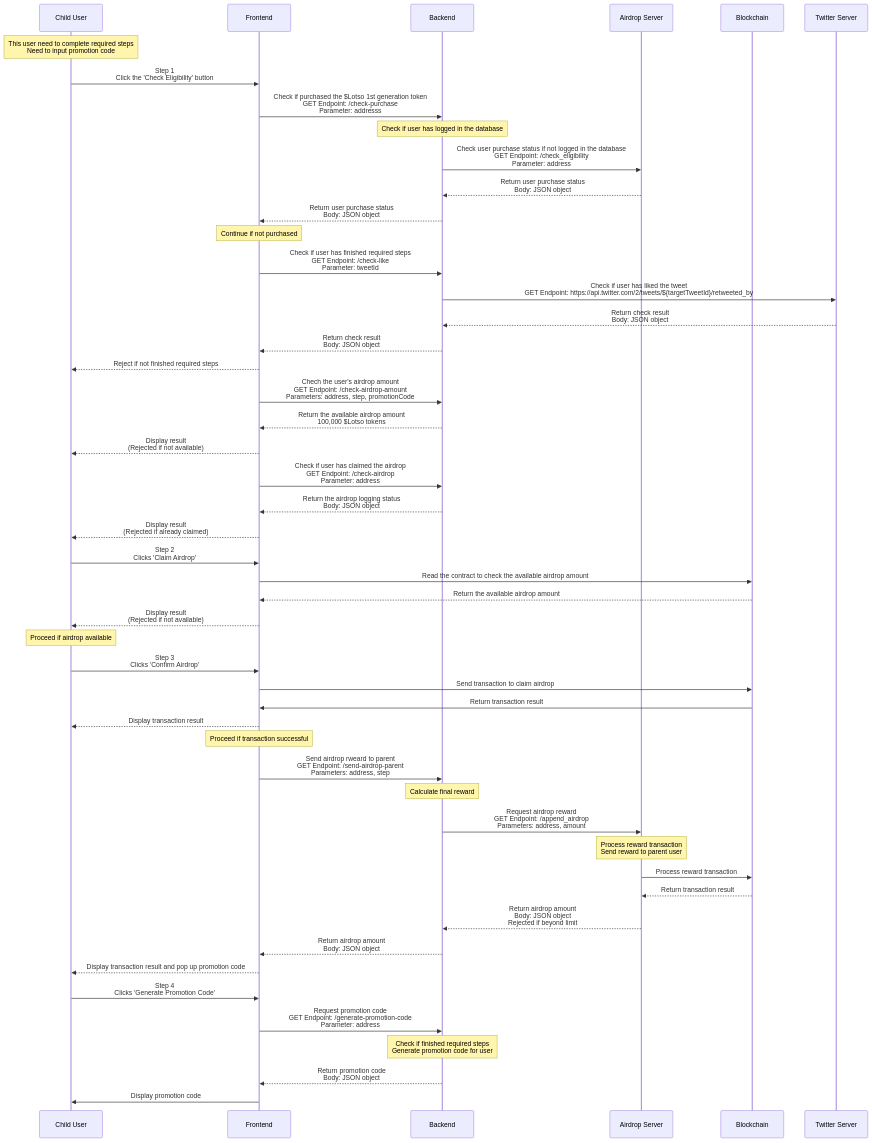
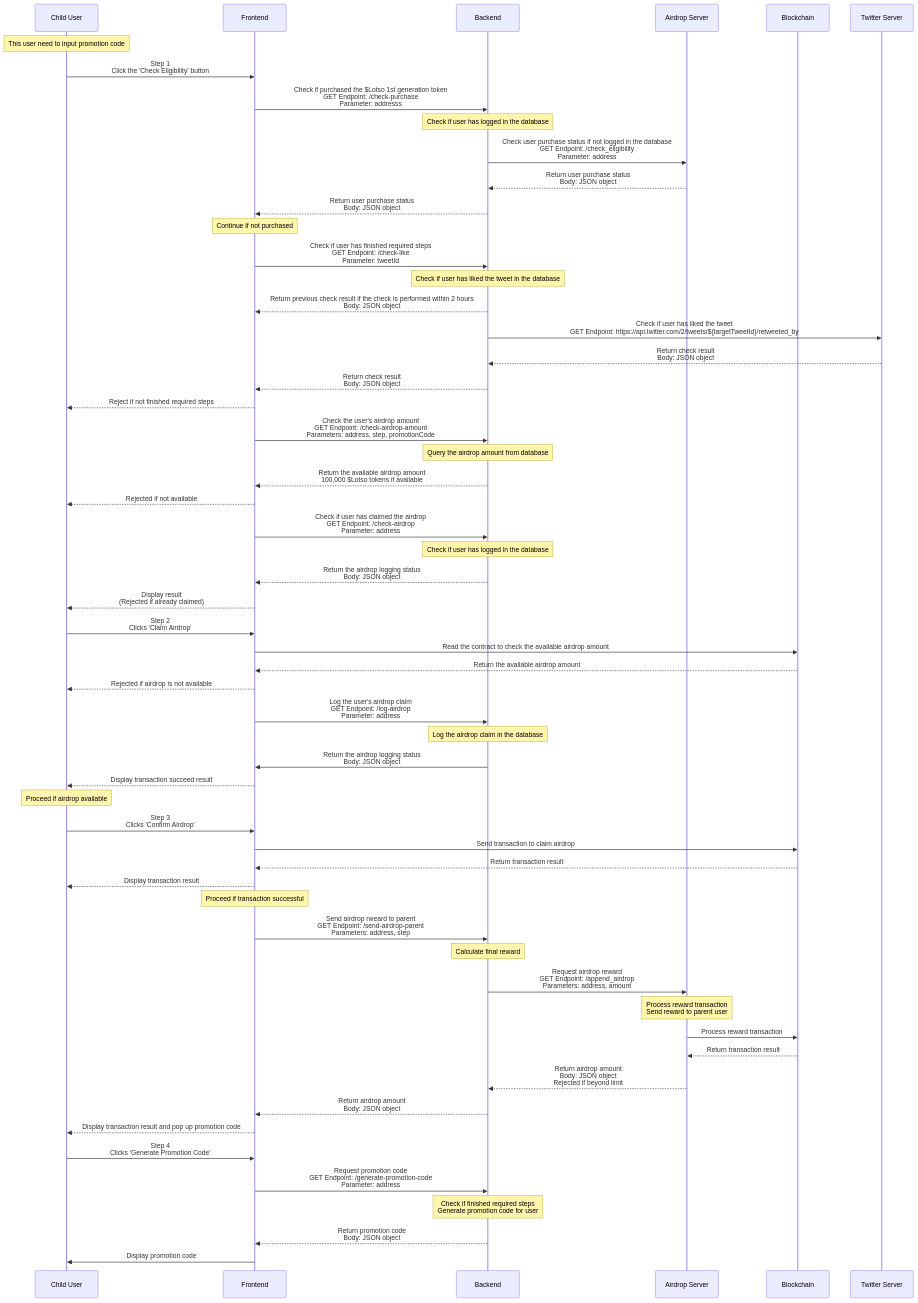
One commit to BTI-US/Lotso-Twitter-Auth changed the third of 3 diagrams in README.md. Above: the diagram before and after it, drawn with Mermaid. The commit also changed other lines of this file, not shown here.

Commit message:
Update diagram explanation

````diff
--- a/README.md
+++ b/README.md
@@ -138,57 +211,65 @@
 ```mermaid
 sequenceDiagram
     participant U as Child User
     participant F as Frontend
     participant B as Backend
     participant S as Airdrop Server
     participant BC as Blockchain
     participant T as Twitter Server
 
-    note over U: This user need to complete required steps <br>Need to input promotion code
+    note over U: This user need to input promotion code
 
     U->>F: Step 1 <br>Click the 'Check Eligibility' button
     F->>B: Check if purchased the $Lotso 1st generation token <br>GET Endpoint: /check-purchase <br>Parameter: addresss
     note over B: Check if user has logged in the database
     B->>S: Check user purchase status if not logged in the database <br>GET Endpoint: /check_eligibility <br>Parameter: address
     S-->>B: Return user purchase status <br>Body: JSON object
     B-->>F: Return user purchase status <br>Body: JSON object
     note over F: Continue if not purchased
     F->>B: Check if user has finished required steps <br>GET Endpoint: /check-like <br>Parameter: tweetId
+    note over B: Check if user has liked the tweet in the database
+    B-->>F: Return previous check result if the check is performed within 2 hours <br>Body: JSON object
     B->>T: Check if user has liked the tweet <br>GET Endpoint: https://api.twitter.com/2/tweets/${targetTweetId}/retweeted_by
     T-->>B: Return check result <br>Body: JSON object
     B-->>F: Return check result <br>Body: JSON object
     F-->>U: Reject if not finished required steps
-    F->>B: Chech the user's airdrop amount <br>GET Endpoint: /check-airdrop-amount <br>Parameters: address, step, promotionCode
-    B-->>F: Return the available airdrop amount <br> 100,000 $Lotso tokens
-    F-->>U: Display result <br>(Rejected if not available)
+    F->>B: Check the user's airdrop amount <br>GET Endpoint: /check-airdrop-amount <br>Parameters: address, step, promotionCode
+    note over B: Query the airdrop amount from database
+    B-->>F: Return the available airdrop amount <br> 100,000 $Lotso tokens if available
+    F-->>U: Rejected if not available
     F->>B: Check if user has claimed the airdrop <br>GET Endpoint: /check-airdrop <br>Parameter: address
+    note over B: Check if user has logged in the database
     B-->>F: Return the airdrop logging status <br>Body: JSON object
     F-->>U: Display result <br>(Rejected if already claimed)
 
     U->>F: Step 2 <br>Clicks 'Claim Airdrop'
     F->>BC: Read the contract to check the available airdrop amount
     BC-->>F: Return the available airdrop amount
-    F-->>U: Display result <br>(Rejected if not available)
+    F-->>U: Rejected if airdrop is not available
+    F->>B: Log the user's airdrop claim <br>GET Endpoint: /log-airdrop <br>Parameter: address
+    note over B: Log the airdrop claim in the database
+    B->>F: Return the airdrop logging status <br>Body: JSON object
+    F-->>U: Display transaction succeed result
     note over U: Proceed if airdrop available
 
     U->>F: Step 3 <br>Clicks 'Confirm Airdrop'
     F->>BC: Send transaction to claim airdrop
-    BC->>F: Return transaction result
+    BC-->>F: Return transaction result
     F-->>U: Display transaction result
     note over F: Proceed if transaction successful
     F->>B: Send airdrop rweard to parent <br>GET Endpoint: /send-airdrop-parent <br>Parameters: address, step
     note over B: Calculate final reward
     B->>S: Request airdrop reward <br>GET Endpoint: /append_airdrop <br>Parameters: address, amount
     note over S: Process reward transaction <br> Send reward to parent user
     S->>BC: Process reward transaction
     BC-->>S: Return transaction result
     S-->>B: Return airdrop amount <br>Body: JSON object <br> Rejected if beyond limit
     B-->>F: Return airdrop amount <br>Body: JSON object
     F-->>U: Display transaction result and pop up promotion code
 
     U->>F: Step 4 <br>Clicks 'Generate Promotion Code'
     F->>B: Request promotion code <br>GET Endpoint: /generate-promotion-code <br>Parameter: address
     note over B: Check if finished required steps <br>Generate promotion code for user
     B-->>F: Return promotion code <br>Body: JSON object
     F->>U: Display promotion code
 ```
````
